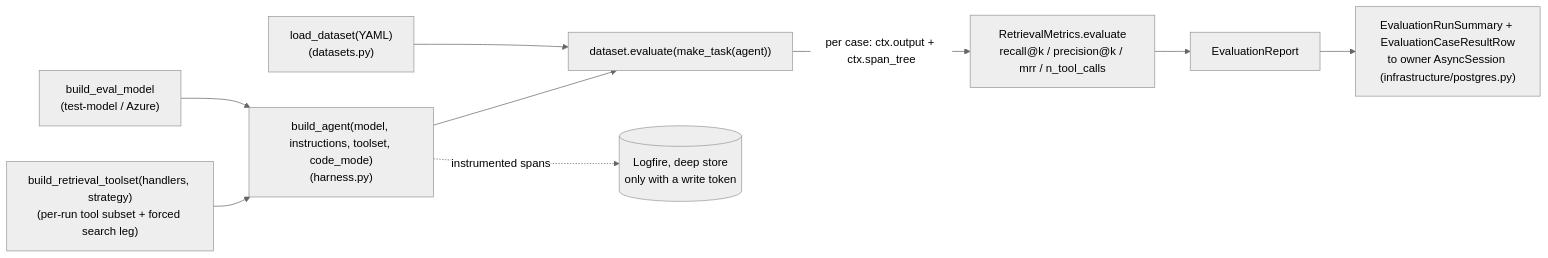
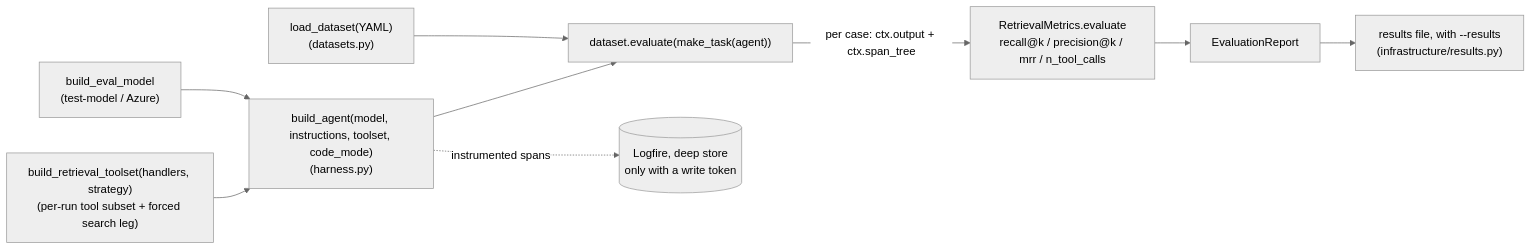
One commit to BucketHeadP65/ai-studio changed the diagram in engram/docs/reference/evals.md. Above: the diagram before and after it, drawn with Mermaid (neutral theme). The commit also changed other lines of this file and 8 other files, not shown here.

First line of the commit message:
docs(engram): drop the remaining HTTP evaluation and job surfaces from the architecture and explanations

````diff
--- a/engram/docs/reference/evals.md
+++ b/engram/docs/reference/evals.md
@@ -1138,11 +1138,11 @@
 ```mermaid
 flowchart LR
     DS["load_dataset(YAML)<br/>(datasets.py)"] --> EV
     M["build_eval_model<br/>(test-model / Azure)"] --> BA
     TS["build_retrieval_toolset(handlers, strategy)<br/>(per-run tool subset + forced search leg)"] --> BA["build_agent(model, instructions, toolset, code_mode)<br/>(harness.py)"]
     BA --> EV["dataset.evaluate(make_task(agent))"]
     EV -->|per case: ctx.output + ctx.span_tree| RM["RetrievalMetrics.evaluate<br/>recall@k / precision@k / mrr / n_tool_calls"]
     RM --> RP["EvaluationReport"]
-    RP --> SUM["EvaluationRunSummary + EvaluationCaseResultRow<br/>to owner AsyncSession (infrastructure/postgres.py)"]
+    RP --> RF["results file, with --results<br/>(infrastructure/results.py)"]
     BA -.instrumented spans.-> LF[(Logfire, deep store<br/>only with a write token)]
 ```
````
